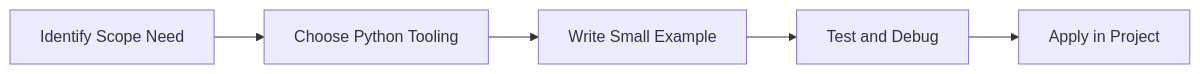
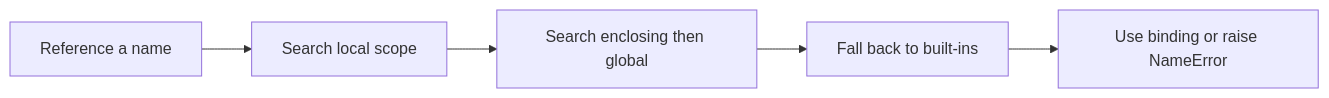
Before and after one commit to SYMOIZ/E-Learning-Portal: the diagram in Python-Mastery/Beginner/24-scope.md, drawn with Mermaid. The commit also changed other lines of this file and 116 other files, not shown here.

````diff
--- a/Python-Mastery/Beginner/24-scope.md
+++ b/Python-Mastery/Beginner/24-scope.md
@@ -131,7 +165,12 @@
 ```mermaid
 flowchart LR
-    A[Identify Scope Need] --> B[Choose Python Tooling]
-    B --> C[Write Small Example]
-    C --> D[Test and Debug]
-    D --> E[Apply in Project]
+    A[Reference a name]
+    B[Search local scope]
+    C[Search enclosing then global]
+    D[Fall back to built-ins]
+    E[Use binding or raise NameError]
+    A --> B
+    B --> C
+    C --> D
+    D --> E
 ```
````
